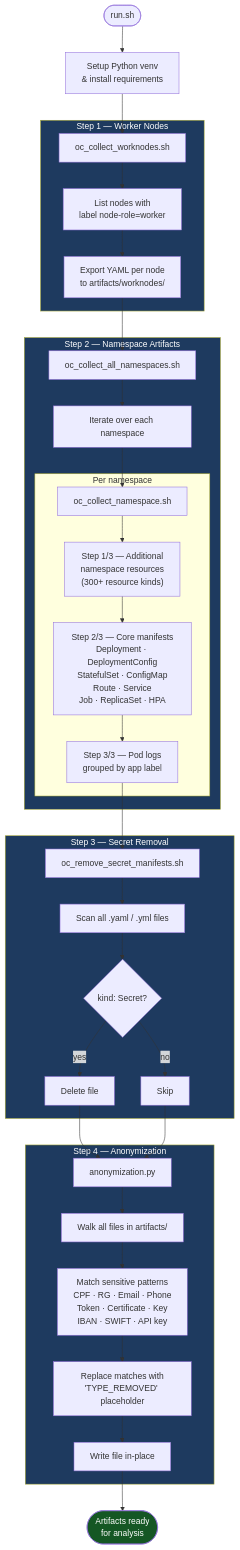
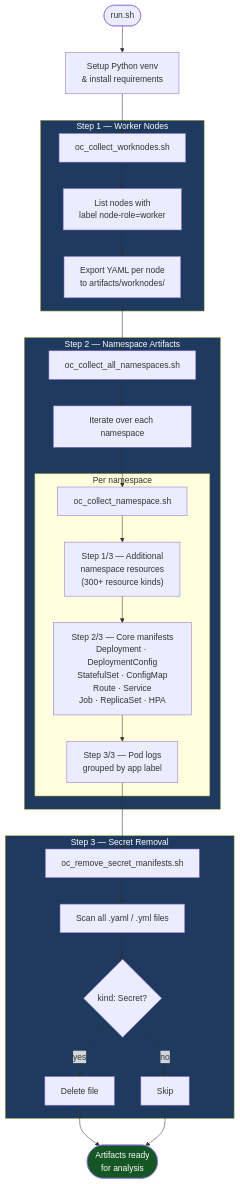
One commit to ShiftWise-AI/kubeoptix-harvester changed the diagram in README.md. Above: the diagram before and after it, drawn with Mermaid. The commit also changed other lines of this file and 2 other files, not shown here.

Commit message:
Removido ofuscador, atrapalhando a interpretação dos dados

````diff
--- a/README.md
+++ b/README.md
@@ -177,53 +177,42 @@
 ```mermaid
 flowchart TD
     A([run.sh]) --> B[Setup Python venv\n& install requirements]
     B --> C
 
     subgraph STEP1 ["Step 1 — Worker Nodes"]
         C[oc_collect_worknodes.sh]
         C --> C1[List nodes with\nlabel node-role=worker]
         C1 --> C2[Export YAML per node\nto artifacts/worknodes/]
     end
 
     C2 --> D
 
     subgraph STEP2 ["Step 2 — Namespace Artifacts"]
         D[oc_collect_all_namespaces.sh]
         D --> D1[Iterate over each namespace]
         D1 --> E[oc_collect_namespace.sh]
 
         subgraph NS ["Per namespace"]
             E --> E1["Step 1/3 — Additional\nnamespace resources\n(300+ resource kinds)"]
             E1 --> E2["Step 2/3 — Core manifests\nDeployment · DeploymentConfig\nStatefulSet · ConfigMap\nRoute · Service\nJob · ReplicaSet · HPA"]
             E2 --> E3["Step 3/3 — Pod logs\ngrouped by app label"]
         end
     end
 
     E3 --> F
 
     subgraph STEP3 ["Step 3 — Secret Removal"]
         F[oc_remove_secret_manifests.sh]
         F --> F1[Scan all .yaml / .yml files]
         F1 --> F2{kind: Secret?}
         F2 -- yes --> F3[Delete file]
         F2 -- no --> F4[Skip]
     end
 
-    F3 & F4 --> G
-
-    subgraph STEP4 ["Step 4 — Anonymization"]
-        G[anonymization.py]
-        G --> G1[Walk all files in artifacts/]
-        G1 --> G2[Match sensitive patterns\nCPF · RG · Email · Phone\nToken · Certificate · Key\nIBAN · SWIFT · API key]
-        G2 --> G3[Replace matches with\n'TYPE_REMOVED' placeholder]
-        G3 --> G4[Write file in-place]
-    end
-
-    G4 --> H([Artifacts ready\nfor analysis])
+    F3 & F4 --> H([Artifacts ready\nfor analysis])
 
     style STEP1 fill:#1e3a5f,color:#fff
     style STEP2 fill:#1e3a5f,color:#fff
     style STEP3 fill:#1e3a5f,color:#fff
-    style STEP4 fill:#1e3a5f,color:#fff
     style H fill:#155724,color:#fff
 ```
````
